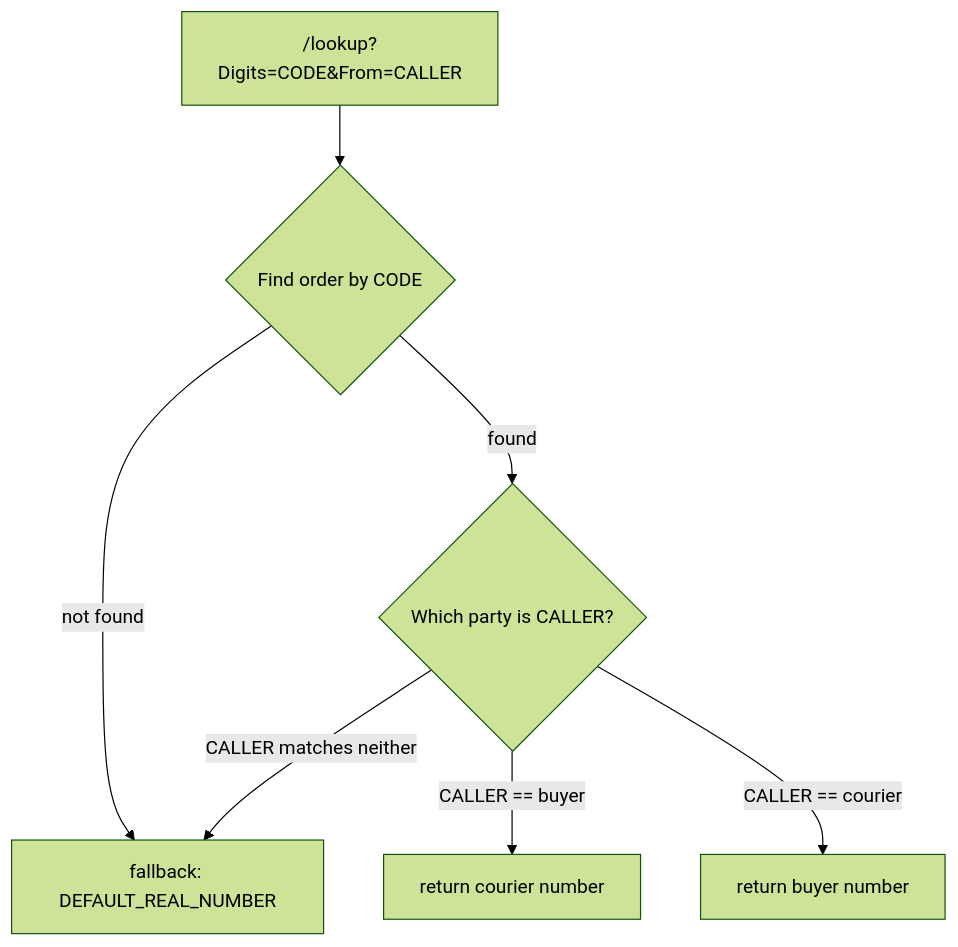
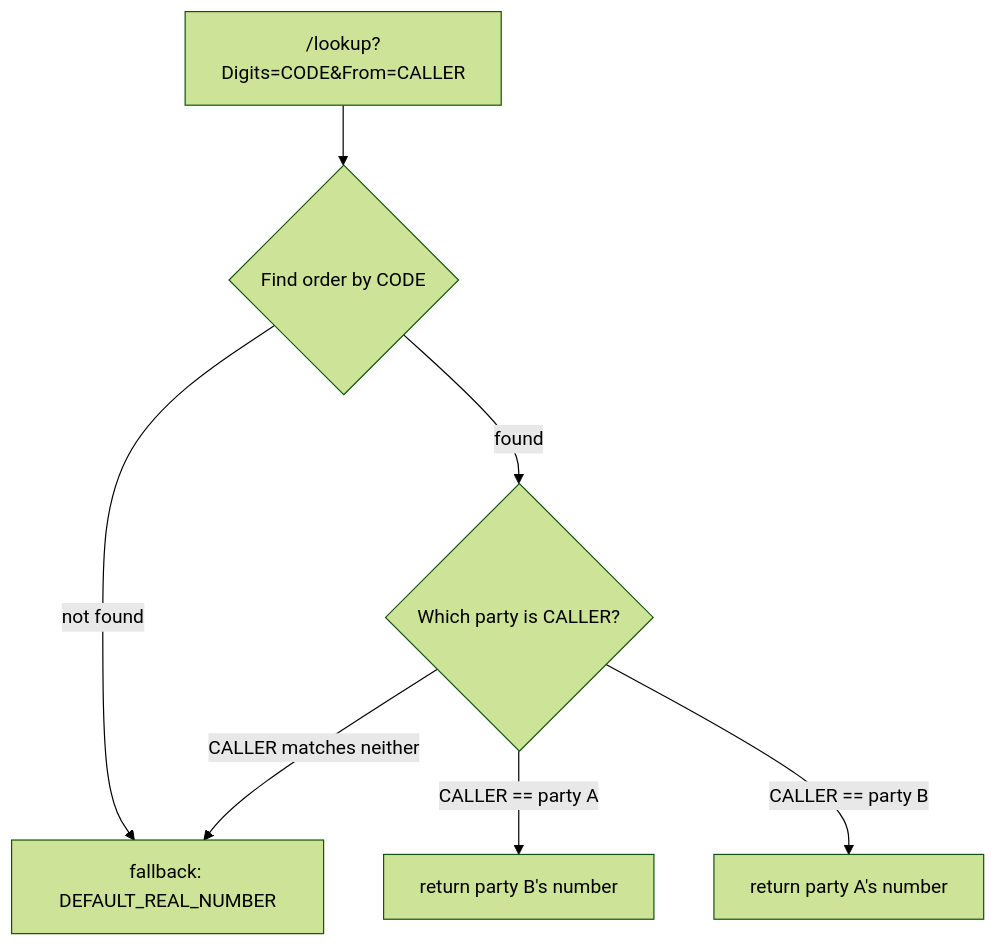
Before and after one commit to leroychan/twilio-proxy-single-participant-workflow: the third of 3 diagrams in README.md, drawn with Mermaid (forest theme). The commit also changed other lines of this file and 9 other files, not shown here.

````diff
--- a/README.md
+++ b/README.md
@@ -268,9 +285,9 @@
 ```mermaid
 flowchart TD
     A["/lookup?Digits=CODE&From=CALLER"] --> B{Find order by CODE}
     B -->|not found| D["fallback: DEFAULT_REAL_NUMBER"]
     B -->|found| C{Which party is CALLER?}
-    C -->|CALLER == buyer| E["return courier number"]
-    C -->|CALLER == courier| F["return buyer number"]
+    C -->|CALLER == party A| E["return party B's number"]
+    C -->|CALLER == party B| F["return party A's number"]
     C -->|CALLER matches neither| D
 ```
````
